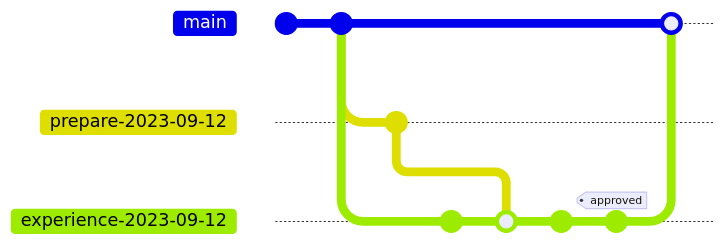
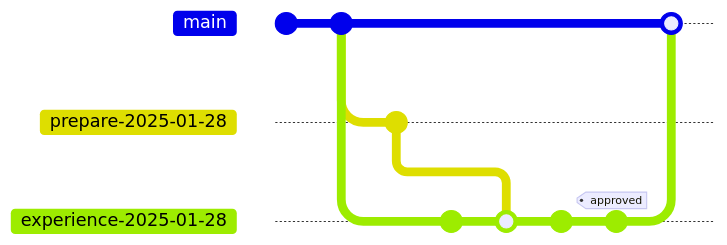
Before and after one commit to compsys-progtools/spring2025: the second of 7 diagrams in syllabus/badges.md, drawn with Mermaid. The commit also changed other lines of this file, not shown here. Commit ids are hidden.

Commit message:
Fixed badge dates in example

````diff
--- a/syllabus/badges.md
+++ b/syllabus/badges.md
@@ -248,18 +248,18 @@
 ```{mermaid}
 gitGraph
    commit
    commit
    checkout main
-   branch prepare-2023-09-12
-   checkout prepare-2023-09-12
+   branch prepare-2025-01-28
+   checkout prepare-2025-01-28
    commit id: "gitunderstanding.md"
    checkout main
-   branch experience-2023-09-12
-   checkout experience-2023-09-12
+   branch experience-2025-01-28
+   checkout experience-2025-01-28
    commit id: "initexp"
-   merge prepare-2023-09-12
+   merge prepare-2025-01-28
    commit id: "fillinexp"
    commit id: "revisions" tag:"approved"
    checkout main
-   merge experience-2023-09-12
+   merge experience-2025-01-28
 ```
````
